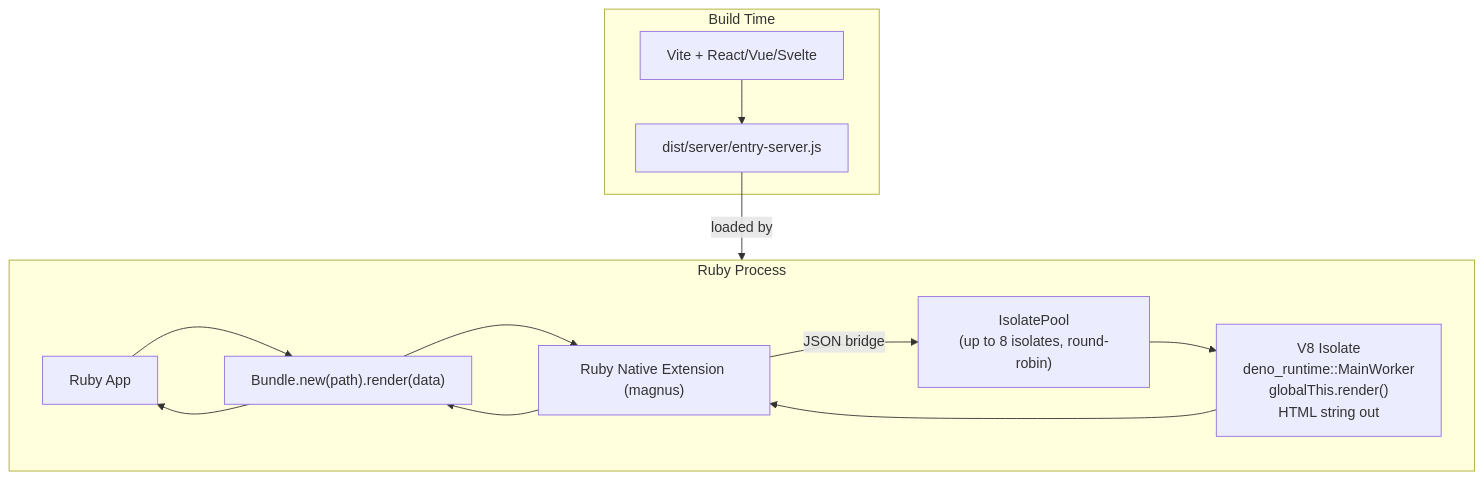
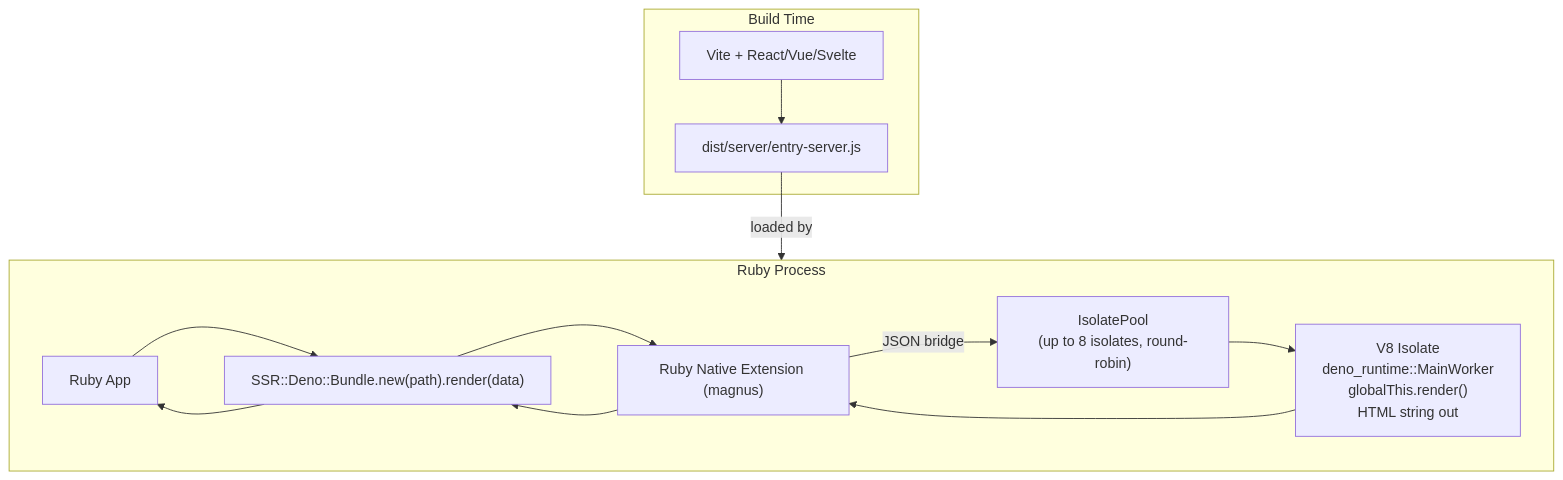
The first of 3 diagrams in docs/architecture.md (mdesantis/ssr-deno), drawn with Mermaid before and after one commit. The commit also changed other lines of this file and 1 other file, not shown here.

Commit message:
docs: disambiguate "bundle" from Ruby Bundler in prose and diagrams
Disambiguate SSR bundle references in user-facing docs where "bundle"
could be confused with Bundler (the Ruby gem manager). Fully qualify
class names in architecture diagrams, prefix ambiguous prose with "SSR
bundle", and drop `bundle exec` from test skip messages.

Variable names like `bundle = SSR::Deno::Bundle.new(...)` in code
examples are kept as-is — fully qualified on first use, no ambiguity.

````diff
--- a/docs/architecture.md
+++ b/docs/architecture.md
@@ -9,16 +9,16 @@
 ```mermaid
 flowchart TB
     subgraph BuildTime["Build Time"]
         Vite["Vite + React/Vue/Svelte"] --> Dist["dist/server/entry-server.js"]
     end
     Dist -->|loaded by| RubyProcess
     subgraph RubyProcess["Ruby Process"]
-        RubyApp["Ruby App"] --> Bundle["Bundle.new(path).render(data)"]
-        Bundle --> NativeExt["Ruby Native Extension (magnus)"]
+        RubyApp["Ruby App"] --> SSRBundle["SSR::Deno::Bundle.new(path).render(data)"]
+        SSRBundle --> NativeExt["Ruby Native Extension (magnus)"]
         NativeExt -->|JSON bridge| Pool["IsolatePool<br/>(up to 8 isolates, round-robin)"]
         Pool --> Isolate["V8 Isolate<br/>deno_runtime::MainWorker<br/>globalThis.render()<br/>HTML string out"]
         Isolate --> NativeExt
-        NativeExt --> Bundle
-        Bundle --> RubyApp
+        NativeExt --> SSRBundle
+        SSRBundle --> RubyApp
     end
 ```
````
